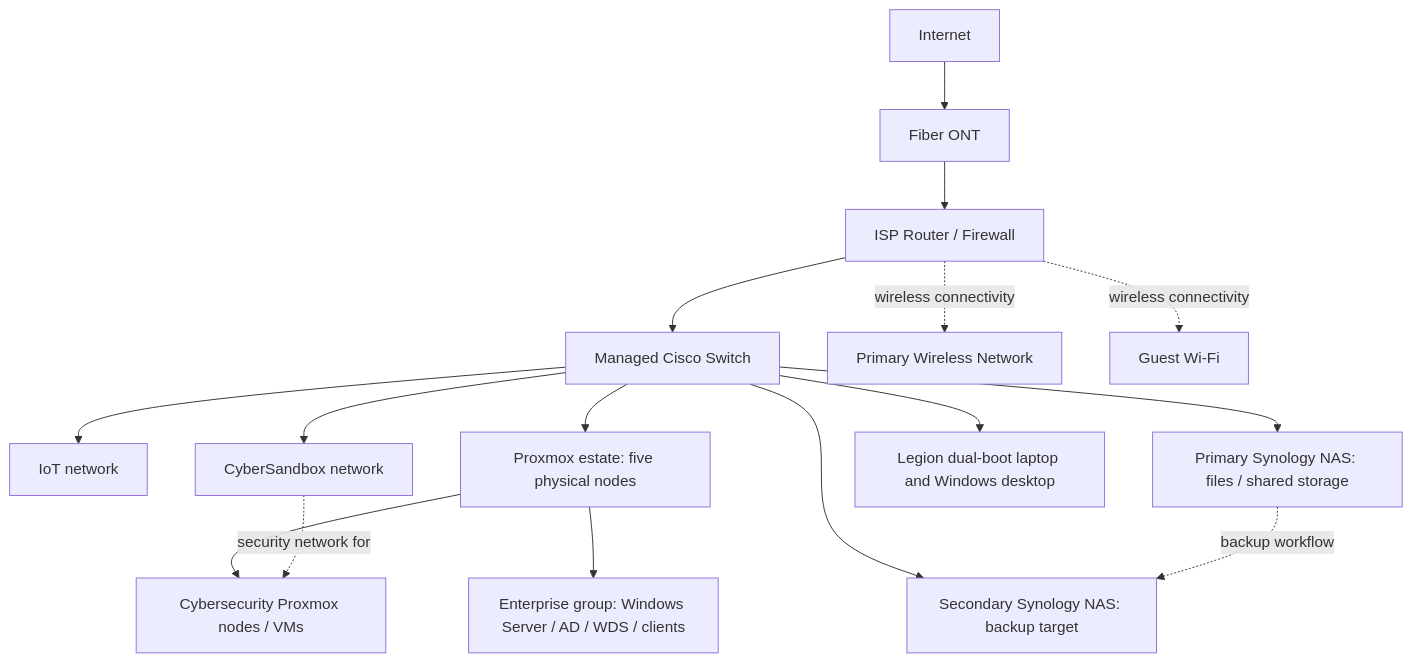
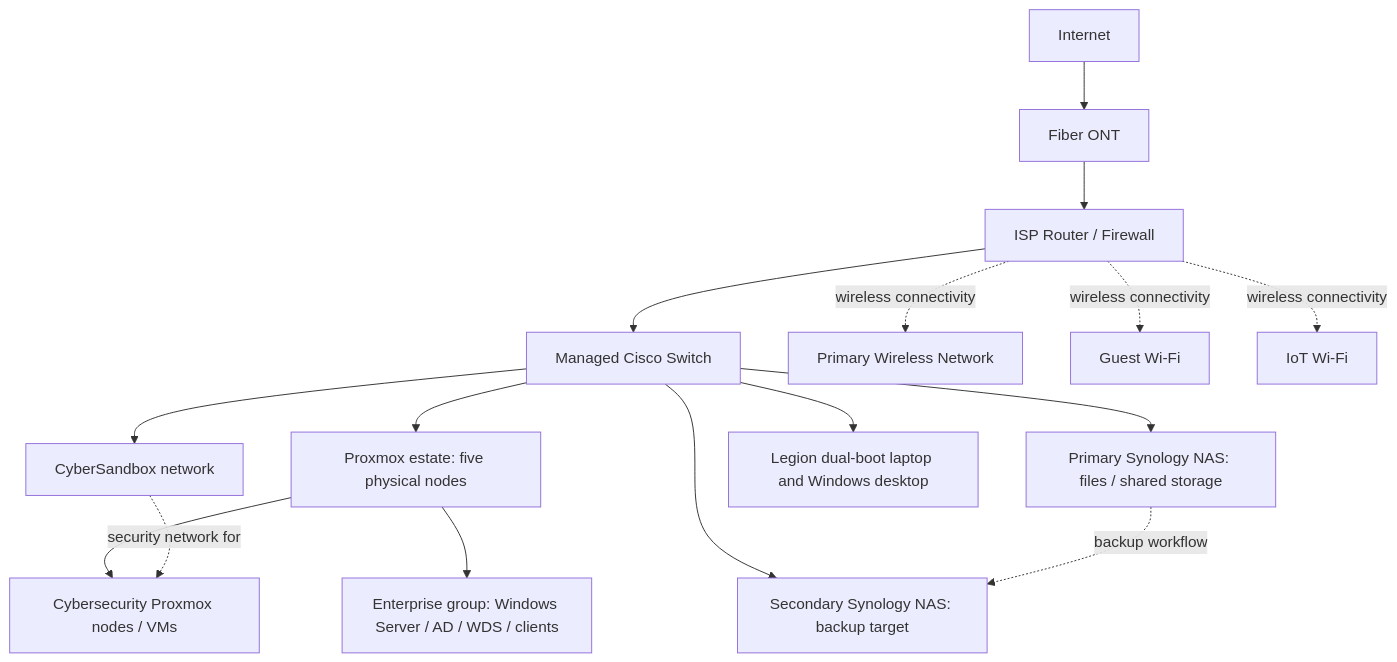
The diagram in README.md (alecsarb25/homelab-infrastructure), drawn with Mermaid before and after one commit. The commit also changed other lines of this file, not shown here.

````diff
--- a/README.md
+++ b/README.md
@@ -30,18 +30,18 @@
 ```mermaid
 flowchart TB
     WAN[Internet] --> ONT[Fiber ONT]
     ONT --> EDGE[ISP Router / Firewall]
     EDGE --> SW[Managed Cisco Switch]
     EDGE -. wireless connectivity .-> PR[Primary Wireless Network]
     EDGE -. wireless connectivity .-> GL[Guest Wi-Fi]
-    SW --> IOT[IoT network]
+    EDGE -. wireless connectivity .-> IOT[IoT Wi-Fi]
     SW --> CY[CyberSandbox network]
     SW --> PX[Proxmox estate: five physical nodes]
     SW --> NAS1[Primary Synology NAS: files / shared storage]
     SW --> NAS2[Secondary Synology NAS: backup target]
     NAS1 -. backup workflow .-> NAS2
     SW --> CLIENTS[Legion dual-boot laptop and Windows desktop]
     PX --> ENTERPRISE[Enterprise group: Windows Server / AD / WDS / clients]
     PX --> LAB[Cybersecurity Proxmox nodes / VMs]
     CY -. security network for .-> LAB
 ```
````
